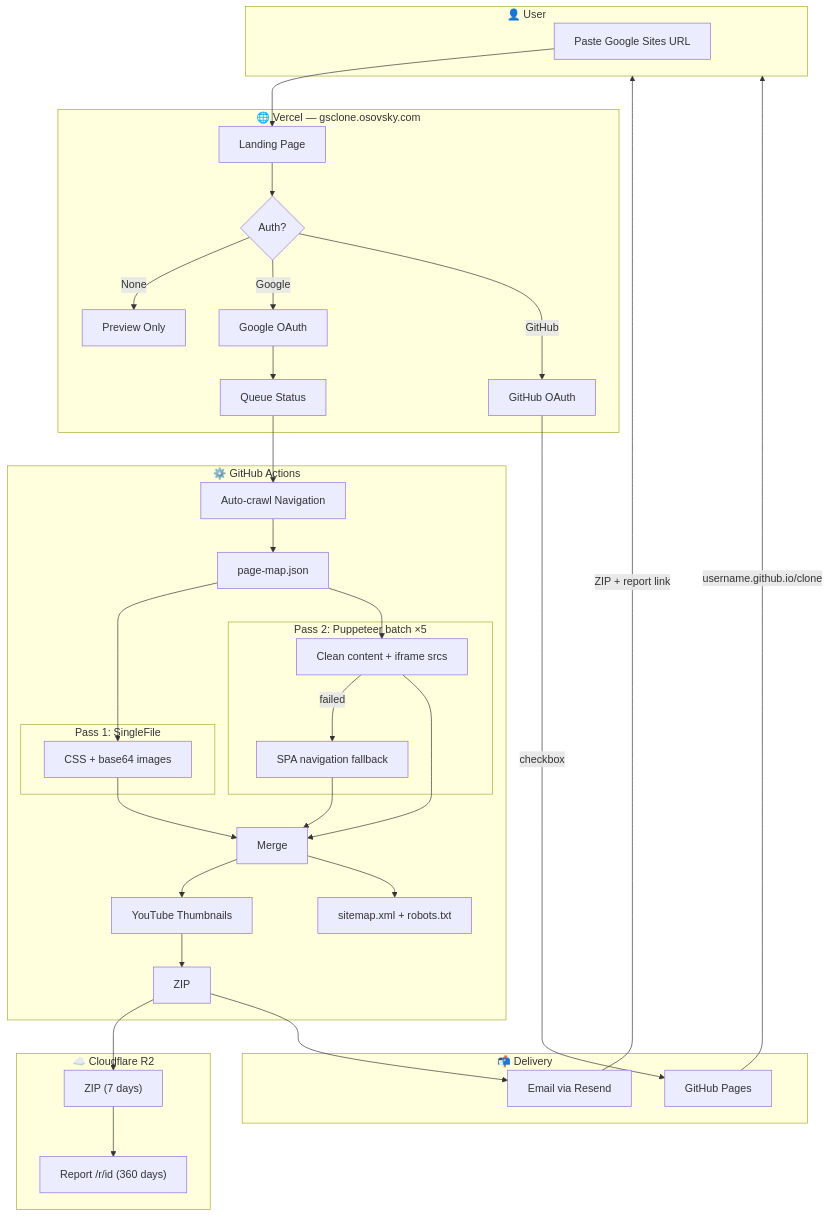
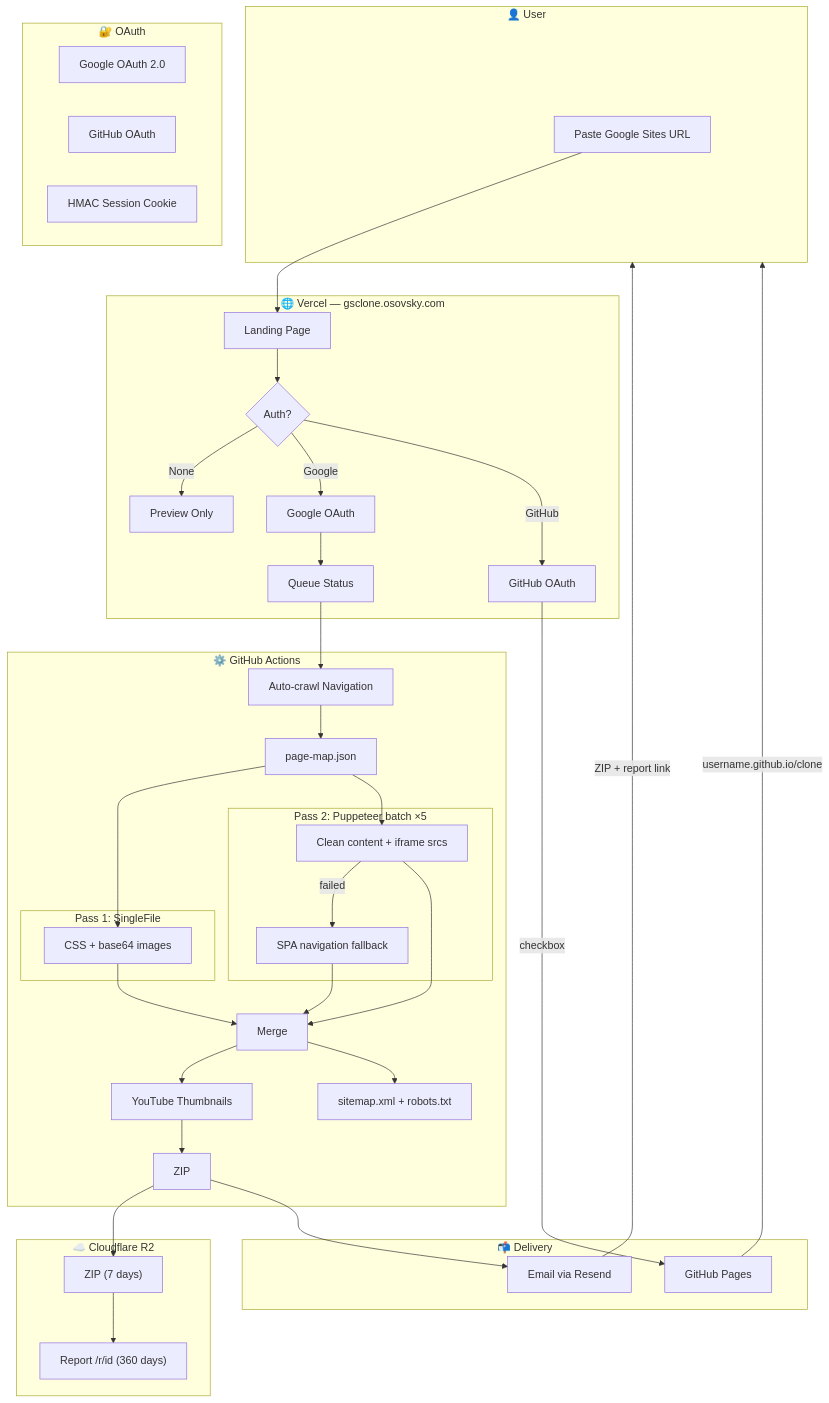
Before and after one commit to maximosovsky/google-sites-clone: the fourth of 4 diagrams in ARCHITECTURE.md, drawn with Mermaid. The commit also changed other lines of this file and 16 other files, not shown here.

````diff
--- a/ARCHITECTURE.md
+++ b/ARCHITECTURE.md
@@ -135,67 +167,73 @@
 ```mermaid
 flowchart TB
     subgraph USER["👤 User"]
         A["Paste Google Sites URL"]
     end
 
     subgraph FRONTEND["🌐 Vercel — gsclone.osovsky.com"]
         B["Landing Page"]
         C{"Auth?"}
         D["Preview Only"]
         E["Google OAuth"]
         F["GitHub OAuth"]
         Q["Queue Status"]
     end
 
     subgraph BACKEND["⚙️ GitHub Actions"]
         G["Auto-crawl Navigation"]
         H["page-map.json"]
 
         subgraph PASS1["Pass 1: SingleFile"]
             I["CSS + base64 images"]
         end
 
         subgraph PASS2["Pass 2: Puppeteer batch ×5"]
             J["Clean content + iframe srcs"]
             J2["SPA navigation fallback"]
         end
 
         K["Merge"]
         L["YouTube Thumbnails"]
         M["sitemap.xml + robots.txt"]
         N["ZIP"]
     end
 
     subgraph STORAGE["☁️ Cloudflare R2"]
         O["ZIP (7 days)"]
         P["Report /r/id (360 days)"]
     end
 
     subgraph DELIVERY["📬 Delivery"]
         R["Email via Resend"]
         S["GitHub Pages"]
     end
 
+    subgraph AUTH["🔐 OAuth"]
+        GA["Google OAuth 2.0"]
+        GHA["GitHub OAuth"]
+        SESS["HMAC Session Cookie"]
+    end
+
     A --> B
     B --> C
     C -->|None| D
     C -->|Google| E --> Q --> G
     C -->|GitHub| F
 
     G --> H
     H --> I
     H --> J
     J -->|failed| J2
     I --> K
     J --> K
     J2 --> K
     K --> L --> N
     K --> M
 
     N --> O --> P
     N --> R
 
     F -->|checkbox| S
     R -->|"ZIP + report link"| USER
     S -->|"username.github.io/clone"| USER
 ```
````
